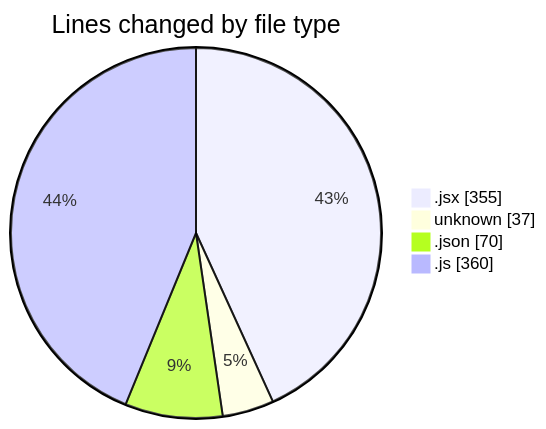
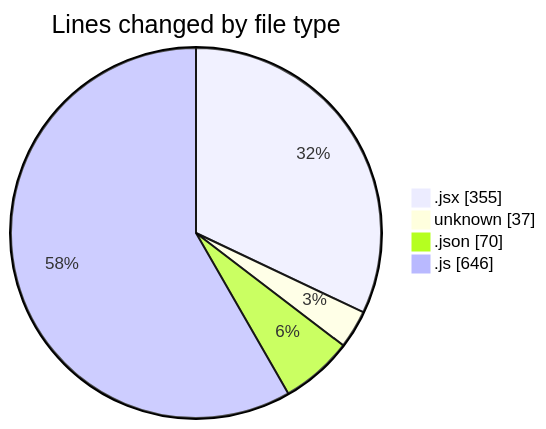
The first of 2 diagrams in 2025-02-08/react_ecom/README.md (Elitesun/code-tracking), drawn with Mermaid before and after one commit. The commit also changed other lines of this file and 1 other file, not shown here.

````diff
--- a/2025-02-08/react_ecom/README.md
+++ b/2025-02-08/react_ecom/README.md
@@ -24,8 +24,8 @@
 ```mermaid
 pie showData
 title Lines changed by file type
 ".jsx" : 355
 "unknown" : 37
 ".json" : 70
-".js" : 360
+".js" : 646
 ```
````
